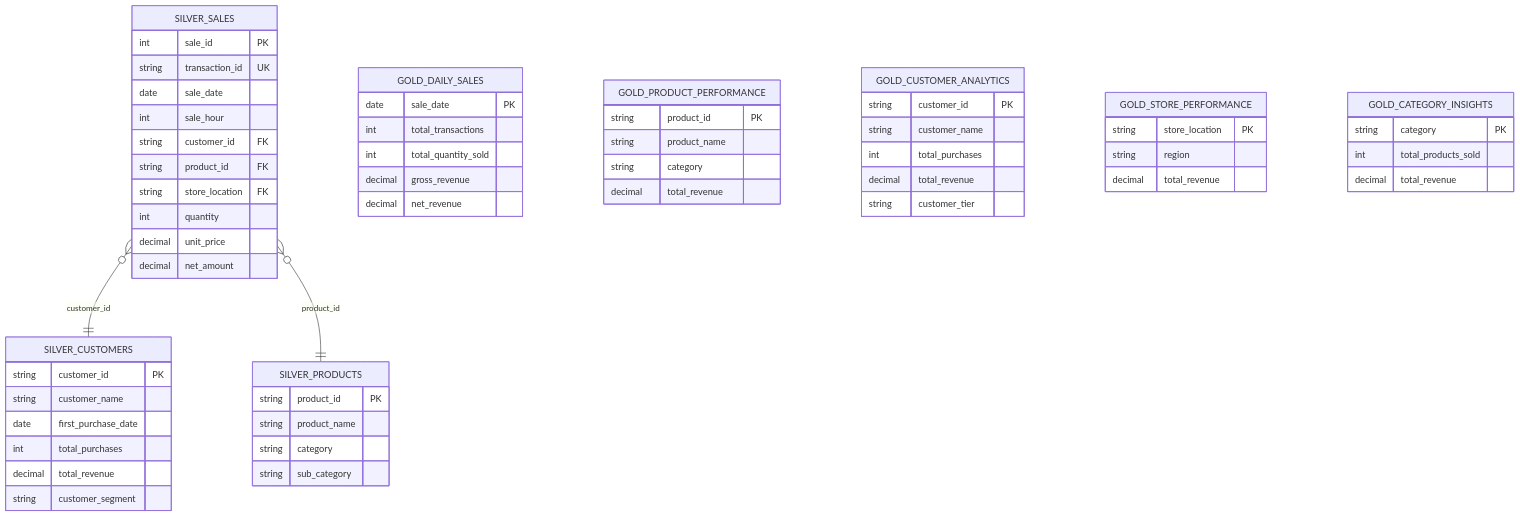
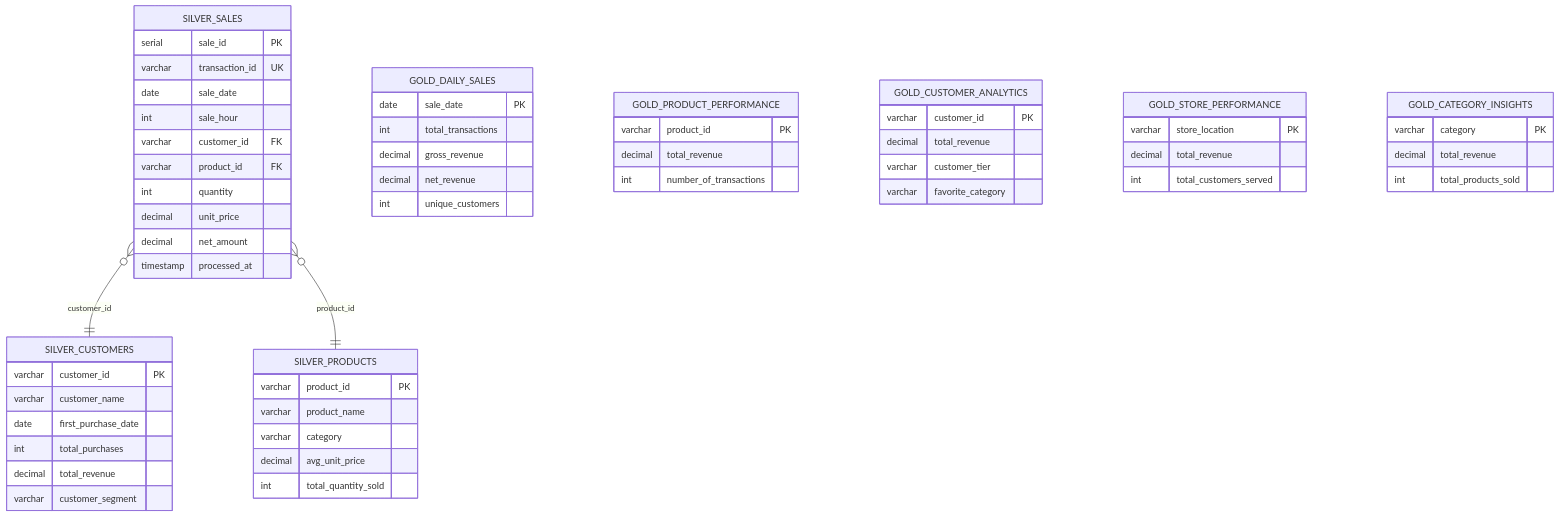
One commit to Airlectric/Amalitech_CI-CD-and-Workflow-Automation_Mini-Data-Mart changed the fifth of 6 diagrams in README.md. Above: the diagram before and after it, drawn with Mermaid. The commit also changed other lines of this file and 19 other files, not shown here.

````diff
--- a/README.md
+++ b/README.md
@@ -34,62 +424,61 @@
 ```mermaid
 erDiagram
     SILVER_SALES {
-        int sale_id PK
-        string transaction_id UK
+        serial sale_id PK
+        varchar transaction_id UK
         date sale_date
         int sale_hour
-        string customer_id FK
-        string product_id FK
-        string store_location FK
+        varchar customer_id FK
+        varchar product_id FK
         int quantity
         decimal unit_price
         decimal net_amount
+        timestamp processed_at
     }
     SILVER_CUSTOMERS {
-        string customer_id PK
-        string customer_name
+        varchar customer_id PK
+        varchar customer_name
         date first_purchase_date
         int total_purchases
         decimal total_revenue
-        string customer_segment
+        varchar customer_segment
     }
     SILVER_PRODUCTS {
-        string product_id PK
-        string product_name
-        string category
-        string sub_category
+        varchar product_id PK
+        varchar product_name
+        varchar category
+        decimal avg_unit_price
+        int total_quantity_sold
     }
     GOLD_DAILY_SALES {
         date sale_date PK
         int total_transactions
-        int total_quantity_sold
         decimal gross_revenue
         decimal net_revenue
+        int unique_customers
     }
     GOLD_PRODUCT_PERFORMANCE {
-        string product_id PK
-        string product_name
-        string category
+        varchar product_id PK
         decimal total_revenue
+        int number_of_transactions
     }
     GOLD_CUSTOMER_ANALYTICS {
-        string customer_id PK
-        string customer_name
-        int total_purchases
+        varchar customer_id PK
         decimal total_revenue
-        string customer_tier
+        varchar customer_tier
+        varchar favorite_category
     }
     GOLD_STORE_PERFORMANCE {
-        string store_location PK
-        string region
+        varchar store_location PK
         decimal total_revenue
+        int total_customers_served
     }
     GOLD_CATEGORY_INSIGHTS {
-        string category PK
+        varchar category PK
+        decimal total_revenue
         int total_products_sold
-        decimal total_revenue
     }
 
     SILVER_SALES }o--|| SILVER_CUSTOMERS : "customer_id"
     SILVER_SALES }o--|| SILVER_PRODUCTS : "product_id"
 ```
````
